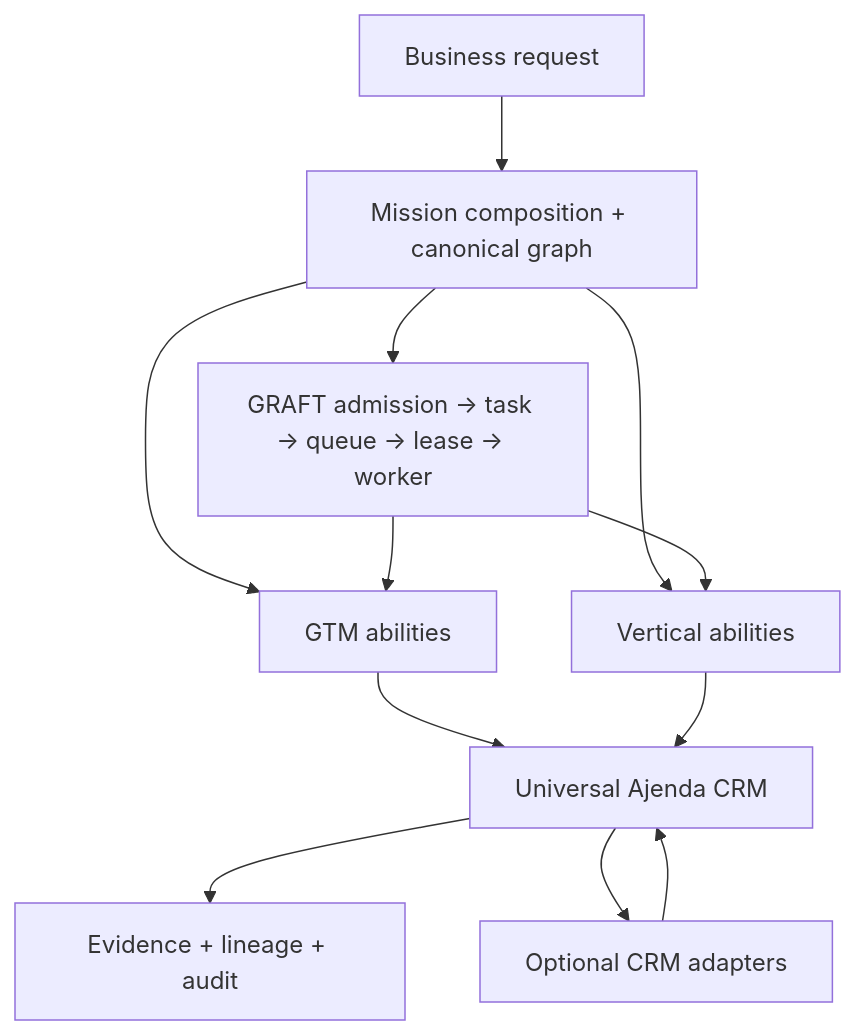
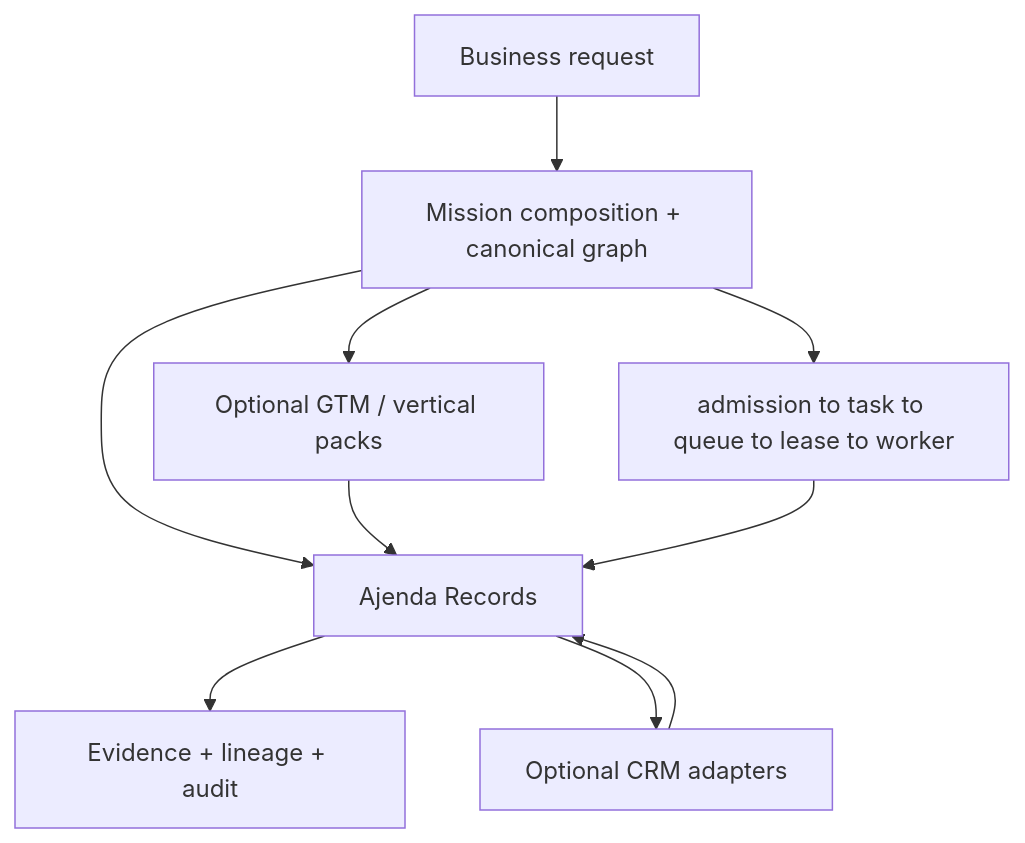
The first of 3 diagrams in docs/planning/GRAFT1ST_UNIVERSAL_CRM_CANONICAL_MAP.md (1devteam/ajenda-ai), drawn with Mermaid before and after one commit. The commit also changed other lines of this file and 7 other files, not shown here.

First line of the commit message:
docs(core): slice-3 honest maps after HubSpot/GTM/vertical independence

````diff
--- a/docs/planning/GRAFT1ST_UNIVERSAL_CRM_CANONICAL_MAP.md
+++ b/docs/planning/GRAFT1ST_UNIVERSAL_CRM_CANONICAL_MAP.md
@@ -14,14 +18,12 @@
 ```mermaid
 flowchart TB
     REQUEST[Business request] --> GRAPH[Mission composition + canonical graph]
-    GRAPH --> GTM[GTM abilities]
-    GRAPH --> VERTICAL[Vertical abilities]
-    GTM --> CRM[Universal Ajenda CRM]
-    VERTICAL --> CRM
-    CRM --> EVIDENCE[Evidence + lineage + audit]
-    CRM --> CONNECTOR[Optional CRM adapters]
-    CONNECTOR --> CRM
-    GRAPH --> RUNTIME[GRAFT admission → task → queue → lease → worker]
-    RUNTIME --> GTM
-    RUNTIME --> VERTICAL
+    GRAPH --> RECORDS[Ajenda Records]
+    GRAPH --> PACKS[Optional GTM / vertical packs]
+    PACKS --> RECORDS
+    RECORDS --> EVIDENCE[Evidence + lineage + audit]
+    RECORDS --> CONNECTOR[Optional CRM adapters]
+    CONNECTOR --> RECORDS
+    GRAPH --> RUNTIME[admission to task to queue to lease to worker]
+    RUNTIME --> RECORDS
 ```
````
